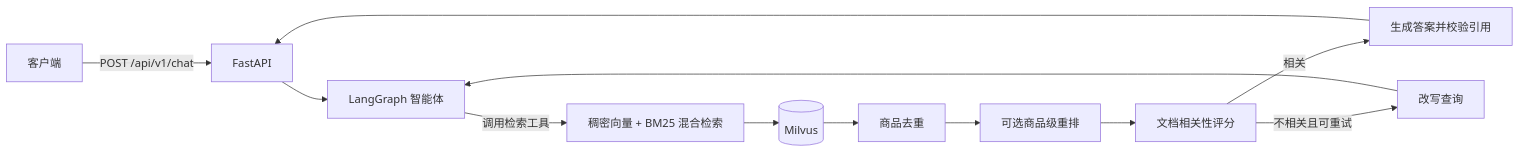
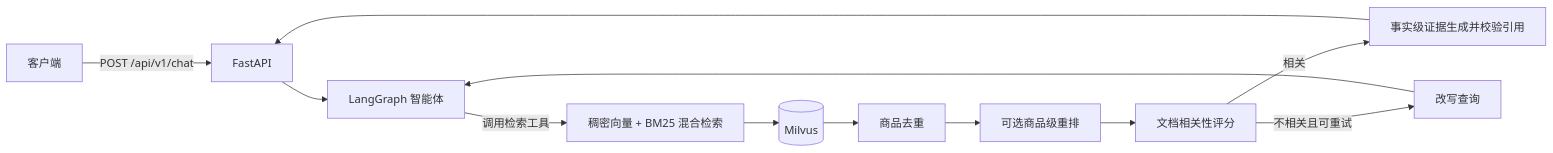
One commit to wenbralliance/trusted-ecommerce-rag changed the diagram in README.md. Above: the diagram before and after it, drawn with Mermaid. The commit also changed other lines of this file and 41 other files, not shown here.

````diff
--- a/README.md
+++ b/README.md
@@ -31,14 +45,14 @@
 ```mermaid
 flowchart LR
     A[客户端] -->|POST /api/v1/chat| B[FastAPI]
     B --> C[LangGraph 智能体]
     C -->|调用检索工具| D[稠密向量 + BM25 混合检索]
     D --> E[(Milvus)]
     E --> F[商品去重]
     F --> J[可选商品级重排]
     J --> G[文档相关性评分]
-    G -->|相关| H[生成答案并校验引用]
+    G -->|相关| H[事实级证据生成并校验引用]
     G -->|不相关且可重试| I[改写查询]
     I --> C
     H --> B
 ```
````
